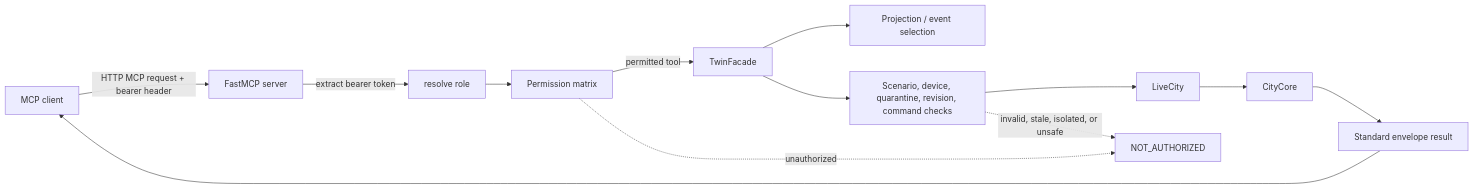
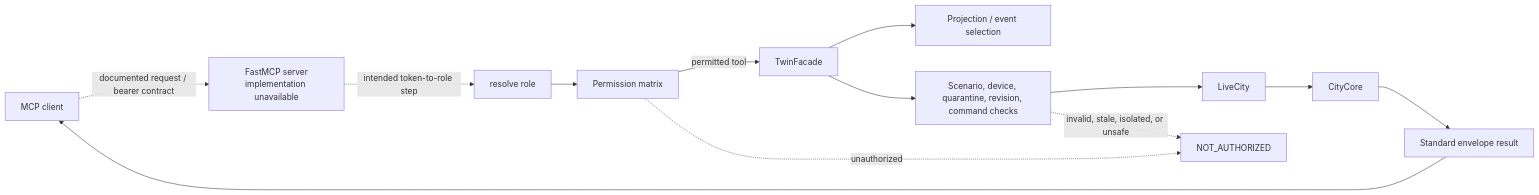
One commit to dhouhaichaouii/CS-TSYP-TWIN-LAYER changed the sixth of 11 diagrams in docs/IEEE_TSYP14_CITY_BRAIN_CONVERGENCE_TECHNICAL_REPORT.md. Above: the diagram before and after it, drawn with Mermaid. The commit also changed other lines of this file and 6347 other files, not shown here.

````diff
--- a/docs/IEEE_TSYP14_CITY_BRAIN_CONVERGENCE_TECHNICAL_REPORT.md
+++ b/docs/IEEE_TSYP14_CITY_BRAIN_CONVERGENCE_TECHNICAL_REPORT.md
@@ -274,15 +422,15 @@
 ```mermaid
 flowchart LR
-    C["MCP client"] -->|HTTP MCP request + bearer header| S["FastMCP server"]
-    S -->|extract bearer token| AU["resolve role"]
+    C["MCP client"] -. "documented request / bearer contract" .-> S["FastMCP server<br/>implementation unavailable"]
+    S -. "intended token-to-role step" .-> AU["resolve role"]
     AU --> PM["Permission matrix"]
     PM -->|permitted tool| F["TwinFacade"]
     F --> PR["Projection / event selection"]
     F --> SAFE["Scenario, device, quarantine, revision, command checks"]
     SAFE --> LC["LiveCity"]
     LC --> CC["CityCore"]
     CC --> RES["Standard envelope result"]
     RES --> C
     PM -. "unauthorized" .-> ERR["NOT_AUTHORIZED"]
     SAFE -. "invalid, stale, isolated, or unsafe" .-> ERR
 ```
````
